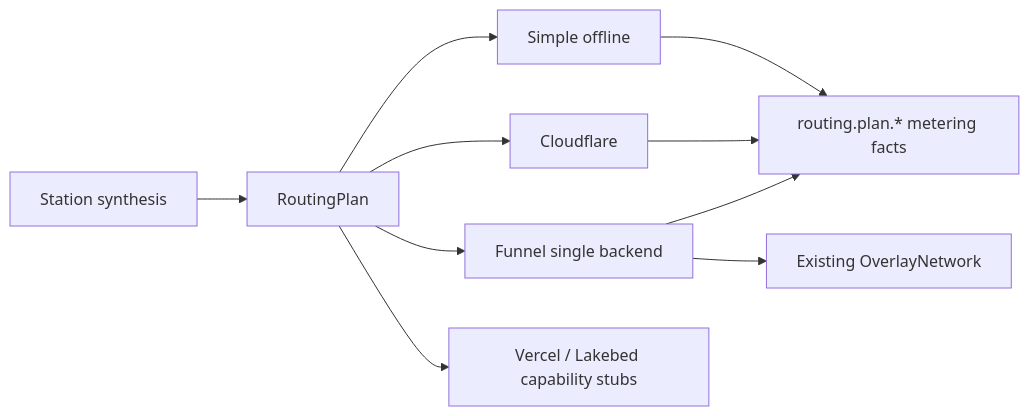
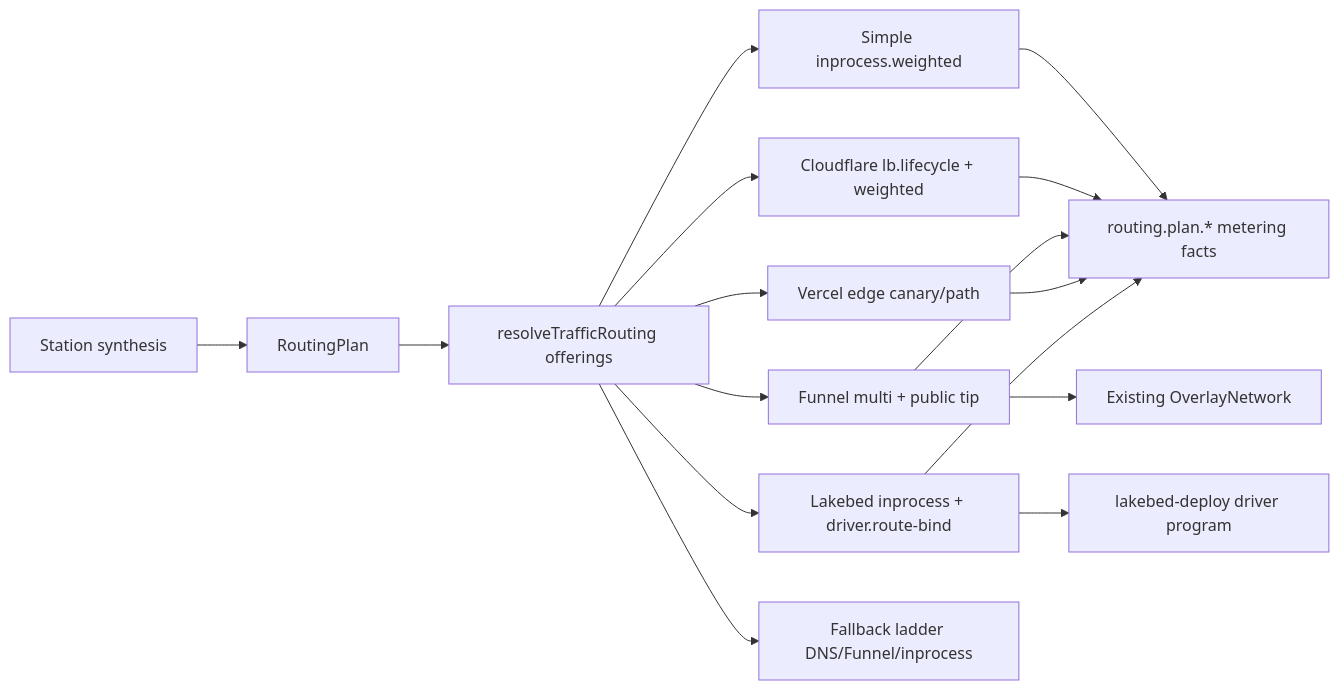
Before and after one commit to Tyler-R-Kendrick/HoBo: the fifth of 6 diagrams in packages/connectivity/ARCHITECTURE.md, drawn with Mermaid. The commit also changed other lines of this file and 44 other files, not shown here.

First line of the commit message:
feat(traffic-routing): production offerings, adapters, and lifecycle (#1011)

````diff
--- a/packages/connectivity/ARCHITECTURE.md
+++ b/packages/connectivity/ARCHITECTURE.md
@@ -135,12 +135,18 @@
 ```mermaid
 flowchart LR
   ST[Station synthesis] --> PLAN[RoutingPlan]
-  PLAN --> SIMPLE[Simple offline]
-  PLAN --> CF[Cloudflare]
-  PLAN --> FUNNEL[Funnel single backend]
-  PLAN --> STUB[Vercel / Lakebed capability stubs]
+  PLAN --> RESOLVE[resolveTrafficRouting offerings]
+  RESOLVE --> SIMPLE[Simple inprocess.weighted]
+  RESOLVE --> CF[Cloudflare lb.lifecycle + weighted]
+  RESOLVE --> FUNNEL[Funnel multi + public tip]
+  RESOLVE --> VERCEL[Vercel edge canary/path]
+  RESOLVE --> LAKEBED[Lakebed inprocess + driver.route-bind]
+  RESOLVE --> FALLBACK[Fallback ladder DNS/Funnel/inprocess]
   SIMPLE --> FACTS[routing.plan.* metering facts]
   CF --> FACTS
   FUNNEL --> OV[Existing OverlayNetwork]
   FUNNEL --> FACTS
+  VERCEL --> FACTS
+  LAKEBED --> FACTS
+  LAKEBED --> DRV[lakebed-deploy driver program]
 ```
````
